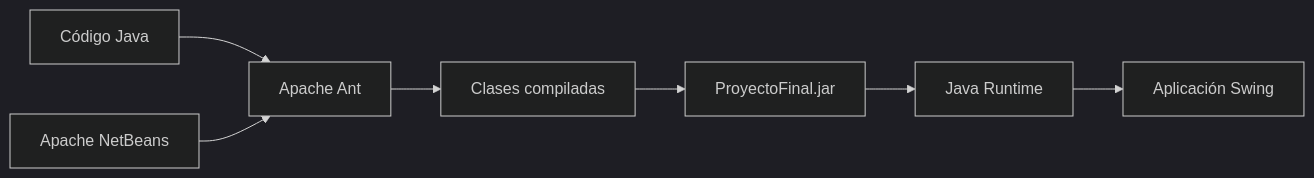
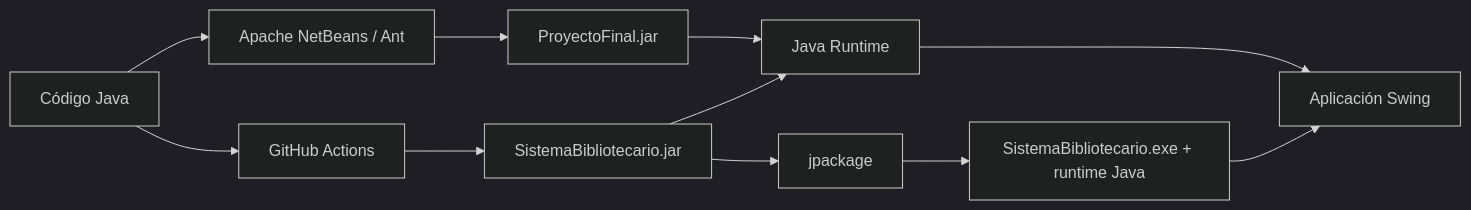
The third of 3 diagrams in docs/ARCHITECTURE.md (Jairo0811/SistemaBibliotecario), drawn with Mermaid (dark theme) before and after one commit. The commit also changed other lines of this file and 5 other files, not shown here.

````diff
--- a/docs/ARCHITECTURE.md
+++ b/docs/ARCHITECTURE.md
@@ -79,9 +94,13 @@
 ```mermaid
 flowchart LR
-    Source["Código Java"] --> Ant["Apache Ant"]
-    NetBeans["Apache NetBeans"] --> Ant
-    Ant --> Classes["Clases compiladas"]
-    Classes --> Jar["ProyectoFinal.jar"]
-    Jar --> JVM["Java Runtime"]
+    Source["Código Java"] --> NetBeans["Apache NetBeans / Ant"]
+    NetBeans --> PF["ProyectoFinal.jar"]
+    Source --> CI["GitHub Actions"]
+    CI --> Jar["SistemaBibliotecario.jar"]
+    Jar --> JPackage["jpackage"]
+    JPackage --> Exe["SistemaBibliotecario.exe + runtime Java"]
+    PF --> JVM["Java Runtime"]
+    Jar --> JVM
     JVM --> Swing["Aplicación Swing"]
+    Exe --> Swing
 ```
````
